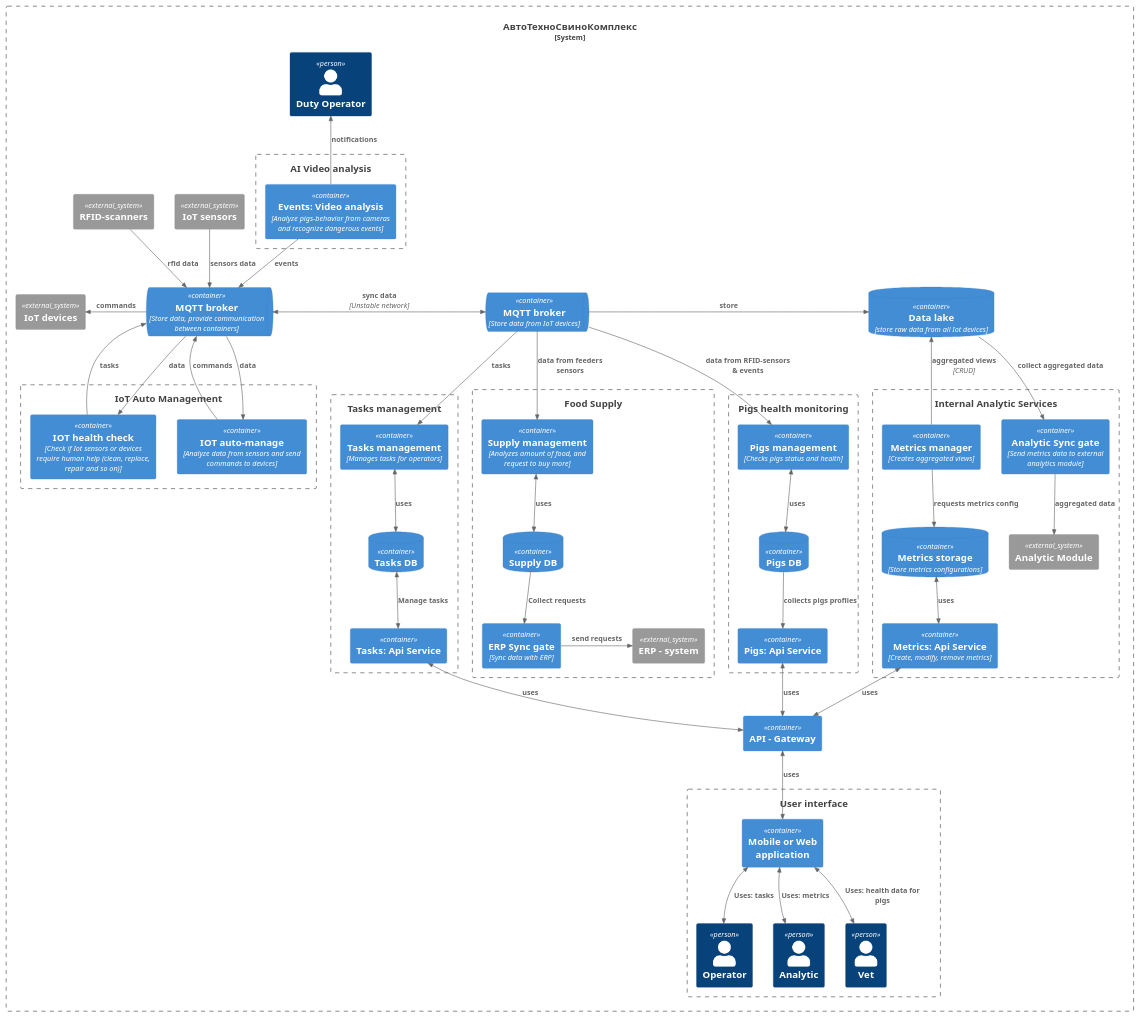
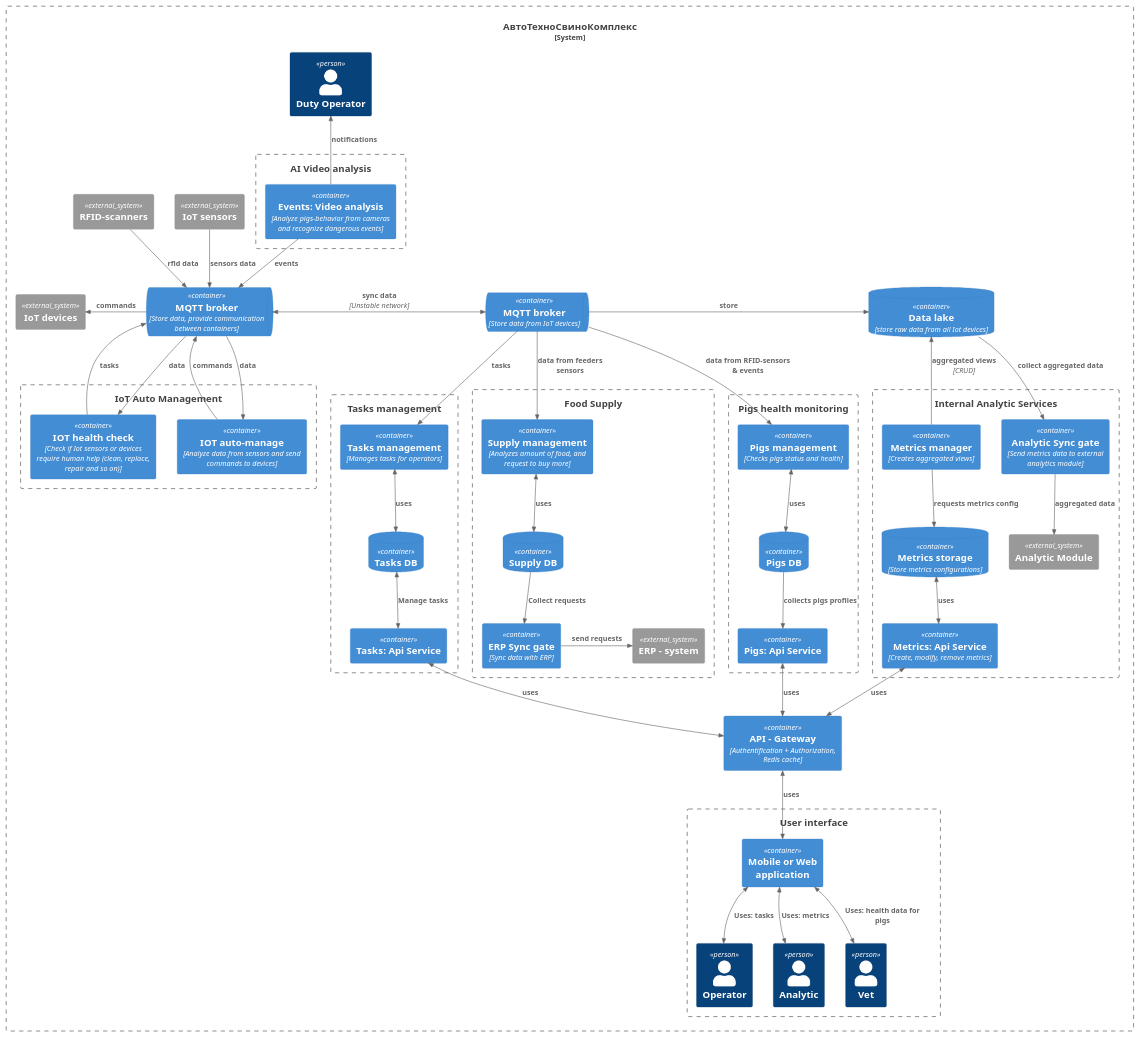
The diagram in Task2/ATCK_C4_Containers.puml (mirray/MSA-AgroTech), drawn with PlantUML before and after one commit. The commit also changed 1 other file, not shown here.

```diff
--- a/Task2/ATCK_C4_Containers.puml
+++ b/Task2/ATCK_C4_Containers.puml
@@ -1,87 +1,87 @@
 @startuml Архитектура_АвтоТехноСвиноКомплекс_v1
 !include <C4/C4_Container>
 
 System_Boundary(atck, "АвтоТехноСвиноКомплекс "){
     Person(duty_operator, "Duty Operator")
     ContainerQueue(data_hub, "MQTT broker", "Store data, provide communication between containers")
     Boundary(video_b, "AI Video analysis"){
         Container(video, "Events: Video analysis", "Analyze pigs-behavior from cameras and recognize dangerous events")
         Rel(video, data_hub, "events")
         Rel_U(video, duty_operator, "notifications")
     }
     Boundary(iot_b, "IoT Auto Management"){
          Container(iot_auto_management, "IOT auto-manage", "Analyze data from sensors and send commands to devices")
          Rel(iot_auto_management, data_hub, "commands")
          Rel(data_hub, iot_auto_management, "data")
          Container(iot_health_check, "IOT health check", "Check if Iot sensors or devices require human help (clean, replace, repair and so on)")
          Rel_U(iot_health_check, data_hub, "tasks")
          Rel(data_hub, iot_health_check, "data")
     }
     System_Ext(iot_sensors, "IoT sensors")
     System_Ext(iot_devices, "IoT devices")
     System_Ext(rfid_scanners, "RFID-scanners")
     Rel_D(iot_sensors, data_hub, "sensors data")
     Rel_D(rfid_scanners, data_hub, "rfid data")
     Rel_L(data_hub, iot_devices, "commands")
 
     ContainerQueue(data_hub_server, "MQTT broker", "Store data from IoT devices")
     BiRel_R(data_hub, data_hub_server, "sync data", "Unstable network")
     
     Boundary(b_pigs, "Pigs health monitoring"){
         Container(pigs, "Pigs management", "Checks pigs status and health")
         Rel_D(data_hub_server, pigs, "data from RFID-sensors & events")
         ContainerDb(pigs_db, "Pigs DB")
         BiRel_D(pigs, pigs_db, "uses")
         Container(pigs_api, "Pigs: Api Service")
         Rel_D(pigs_db, pigs_api, "collects pigs profiles")
     }
     Boundary(internal_services, "Tasks management"){
         Container(tasks, "Tasks management", "Manages tasks for operators")
         Rel_D(data_hub_server, tasks, "tasks")
         ContainerDb(tasks_db, "Tasks DB")
         BiRel_D(tasks, tasks_db, "uses")
         Container(tasks_api, "Tasks: Api Service")
         BiRel_D(tasks_db, tasks_api, "Manage tasks")       
         
     }
     ContainerDb(analytic_db, "Data lake", "store raw data from all Iot devices")
     Boundary(analysis_internal, "Internal Analytic Services"){
             Container(metrics_management, "Metrics: Api Service", "Create, modify, remove metrics")
             ContainerDb(metrics_management_db, "Metrics storage", "Store metrics configurations")
             BiRel_U(metrics_management, metrics_management_db, "uses")
             Container(analytic_module_sync, "Analytic Sync gate", "Send metrics data to external analytics module")   
             System_Ext(analytic_module, "Analytic Module") 
             Rel_D(analytic_db, analytic_module_sync, "collect aggregated data")
             Rel(analytic_module_sync, analytic_module ,"aggregated data")
             
             Rel_R(data_hub_server, analytic_db, "store")
             Container(metrics_manager, "Metrics manager", "Creates aggregated views") 
             Rel_D(metrics_manager, analytic_db, "aggregated views", "CRUD")
             Rel_D(metrics_manager, metrics_management_db, "requests metrics config")                
     }
     Boundary(b_supply, "Food Supply"){
             Container(supply, "Supply management", "Analyzes amount of food, and request to buy more")
             Rel_D(data_hub_server, supply, "data from feeders sensors")
             ContainerDb(supply_db, "Supply DB")
             BiRel_D(supply, supply_db, "uses")
             Container(erp_sync, "ERP Sync gate", "Sync data with ERP")
             Rel_D(supply_db, erp_sync, "Collect requests")  
             System_Ext(erp, "ERP - system")
             Rel_R(erp_sync, erp, "send requests")
         }
-    Container(api, "API - Gateway")       
+    Container(api, "API - Gateway", "Authentification + Authorization, Redis cache")       
     BiRel_D(tasks_api, api, "uses")
     BiRel_D(pigs_api, api, "uses")
     BiRel_D(metrics_management, api, "uses")
     Boundary(ui_b, "User interface"){       
         Container(ui, "Mobile or Web application")
         Person(operator, "Operator")
         Person(analytic, "Analytic")
         Person(vet, "Vet")
         BiRel_D(ui, operator, "Uses: tasks")
         BiRel_D(ui, vet, "Uses: health data for pigs")
         BiRel_D(ui, analytic, "Uses: metrics")
         BiRel_D(api,ui, "uses")
     } 
 }
 @enduml
```
